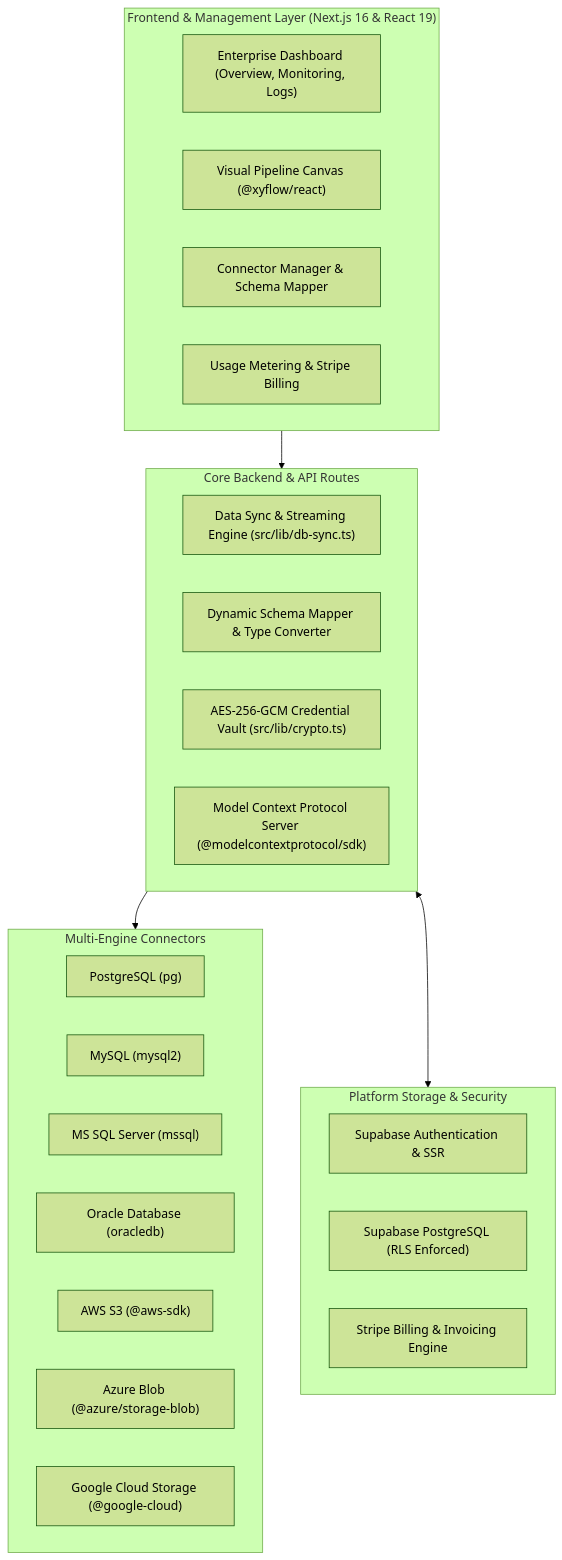
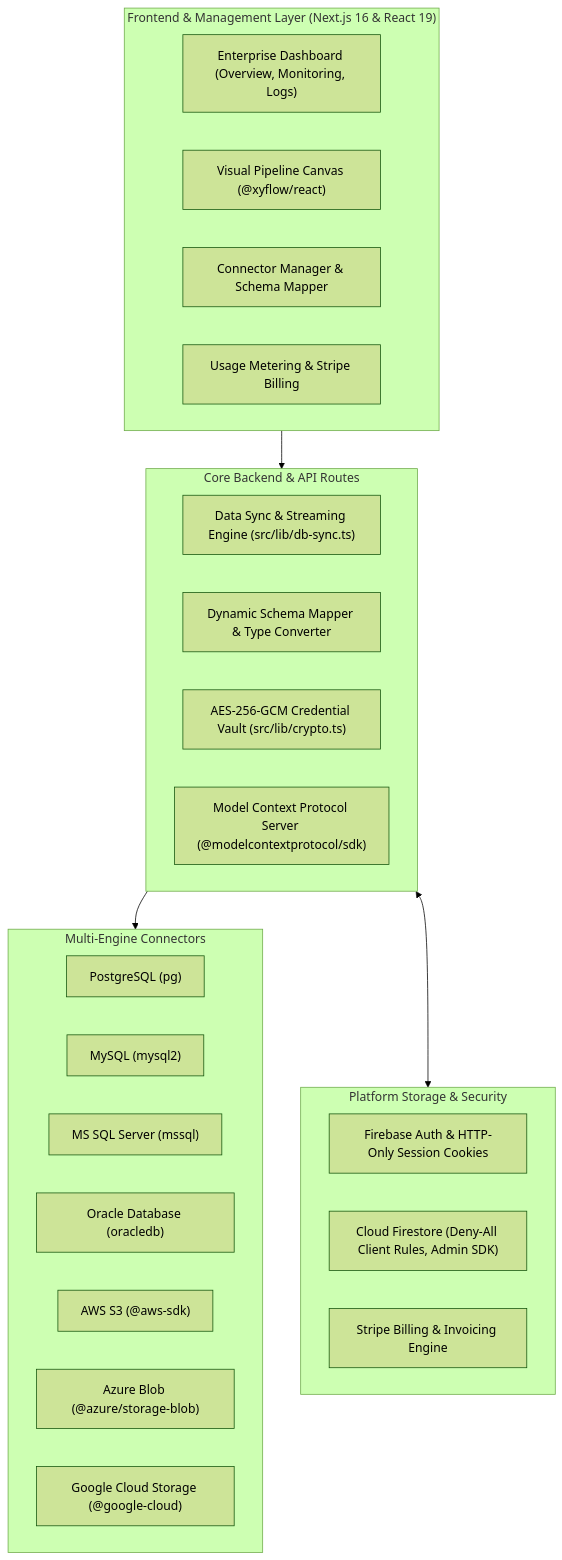
The diagram in README.md (drtim83/DataEcho), drawn with Mermaid (forest theme) before and after one commit. The commit also changed other lines of this file and 74 other files, not shown here.

Commit message:
feat(firebase): migrate app database and auth from Supabase to Firebase Auth and Cloud Firestore

````diff
--- a/README.md
+++ b/README.md
@@ -59,36 +59,36 @@
 ```mermaid
 graph TD
     subgraph Client ["Frontend & Management Layer (Next.js 16 & React 19)"]
         DASH["Enterprise Dashboard (Overview, Monitoring, Logs)"]
         CANVAS["Visual Pipeline Canvas (@xyflow/react)"]
         CONNECTORS_UI["Connector Manager & Schema Mapper"]
         BILLING_UI["Usage Metering & Stripe Billing"]
     end
 
     subgraph CoreEngine ["Core Backend & API Routes"]
         SYNC_ENGINE["Data Sync & Streaming Engine (src/lib/db-sync.ts)"]
         SCHEMA_MAPPER["Dynamic Schema Mapper & Type Converter"]
         CRYPTO["AES-256-GCM Credential Vault (src/lib/crypto.ts)"]
         MCP_SERVER["Model Context Protocol Server (@modelcontextprotocol/sdk)"]
     end
 
     subgraph DataPlane ["Multi-Engine Connectors"]
         PG["PostgreSQL (pg)"]
         MYSQL["MySQL (mysql2)"]
         MSSQL["MS SQL Server (mssql)"]
         ORACLE["Oracle Database (oracledb)"]
         S3["AWS S3 (@aws-sdk)"]
         AZURE["Azure Blob (@azure/storage-blob)"]
         GCS["Google Cloud Storage (@google-cloud)"]
     end
 
     subgraph PlatformState ["Platform Storage & Security"]
-        SUPABASE_AUTH["Supabase Authentication & SSR"]
-        SUPABASE_DB["Supabase PostgreSQL (RLS Enforced)"]
+        FIREBASE_AUTH["Firebase Auth & HTTP-Only Session Cookies"]
+        FIRESTORE_DB["Cloud Firestore (Deny-All Client Rules, Admin SDK)"]
         STRIPE_API["Stripe Billing & Invoicing Engine"]
     end
 
     Client --> CoreEngine
     CoreEngine --> DataPlane
     CoreEngine <--> PlatformState
 ```
````
